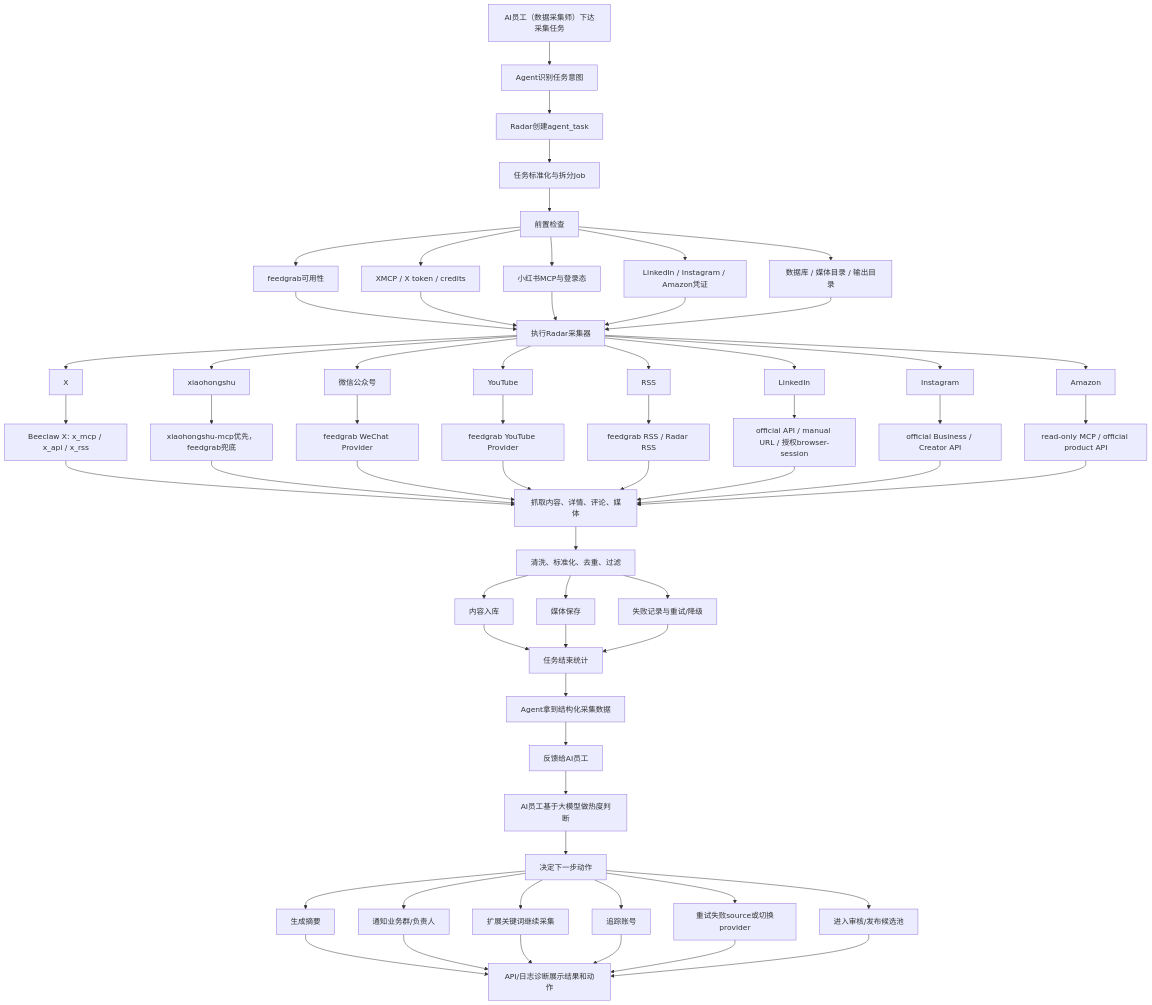
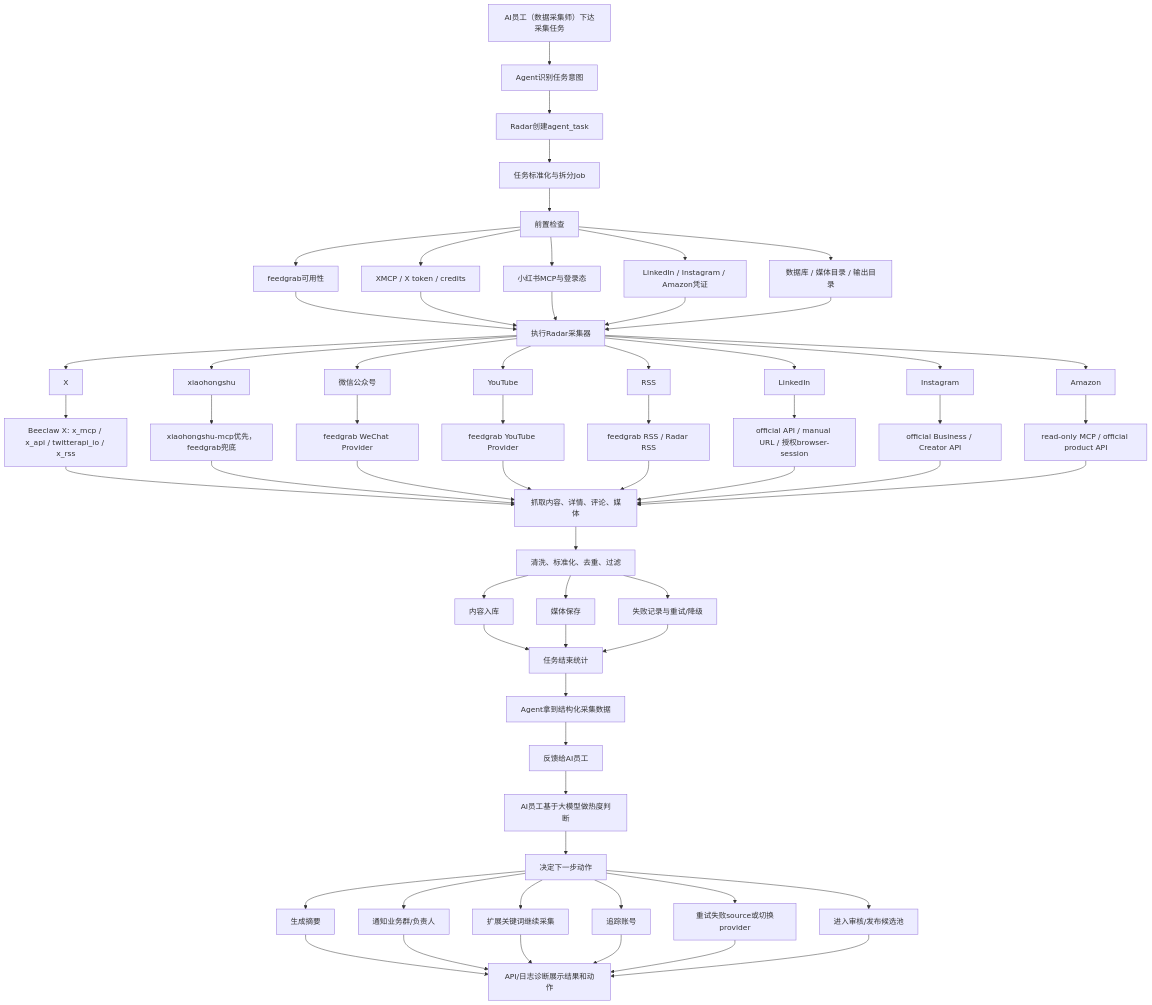
Before and after one commit to Zanetach/radar-claw: the diagram in docs/数据采集Agent落地方案.md, drawn with Mermaid. The commit also changed other lines of this file and 57 other files, not shown here.

````diff
--- a/docs/数据采集Agent落地方案.md
+++ b/docs/数据采集Agent落地方案.md
@@ -512,74 +512,74 @@
 ```mermaid
 flowchart TD
     A["AI员工（数据采集师）下达采集任务"] --> B["Agent识别任务意图"]
     B --> C["Radar创建agent_task"]
     C --> D["任务标准化与拆分Job"]
     D --> E["前置检查"]
 
     E --> E1["feedgrab可用性"]
     E --> E2["XMCP / X token / credits"]
     E --> E3["小红书MCP与登录态"]
     E --> E4["LinkedIn / Instagram / Amazon凭证"]
     E --> E5["数据库 / 媒体目录 / 输出目录"]
 
     E1 --> F["执行Radar采集器"]
     E2 --> F
     E3 --> F
     E4 --> F
     E5 --> F
 
     F --> P1["X"]
     F --> P2["xiaohongshu"]
     F --> P3["微信公众号"]
     F --> P4["YouTube"]
     F --> P5["RSS"]
     F --> P6["LinkedIn"]
     F --> P7["Instagram"]
     F --> P8["Amazon"]
 
-    P1 --> R1["Beeclaw X: x_mcp / x_api / x_rss"]
+    P1 --> R1["Beeclaw X: x_mcp / x_api / twitterapi_io / x_rss"]
     P2 --> R2["xiaohongshu-mcp优先，feedgrab兜底"]
     P3 --> R3["feedgrab WeChat Provider"]
     P4 --> R4["feedgrab YouTube Provider"]
     P5 --> R5["feedgrab RSS / Radar RSS"]
     P6 --> R6["official API / manual URL / 授权browser-session"]
     P7 --> R7["official Business / Creator API"]
     P8 --> R8["read-only MCP / official product API"]
 
     R1 --> G["抓取内容、详情、评论、媒体"]
     R2 --> G
     R3 --> G
     R4 --> G
     R5 --> G
     R6 --> G
     R7 --> G
     R8 --> G
 
     G --> H["清洗、标准化、去重、过滤"]
     H --> I["内容入库"]
     H --> J["媒体保存"]
     H --> K["失败记录与重试/降级"]
 
     I --> L["任务结束统计"]
     J --> L
     K --> L
 
     L --> M["Agent拿到结构化采集数据"]
     M --> N["反馈给AI员工"]
     N --> O["AI员工基于大模型做热度判断"]
     O --> Q["决定下一步动作"]
 
     Q --> Q1["生成摘要"]
     Q --> Q2["通知业务群/负责人"]
     Q --> Q3["扩展关键词继续采集"]
     Q --> Q4["追踪账号"]
     Q --> Q5["重试失败source或切换provider"]
     Q --> Q6["进入审核/发布候选池"]
 
     Q1 --> Z["API/日志诊断展示结果和动作"]
     Q2 --> Z
     Q3 --> Z
     Q4 --> Z
     Q5 --> Z
     Q6 --> Z
 ```
````
